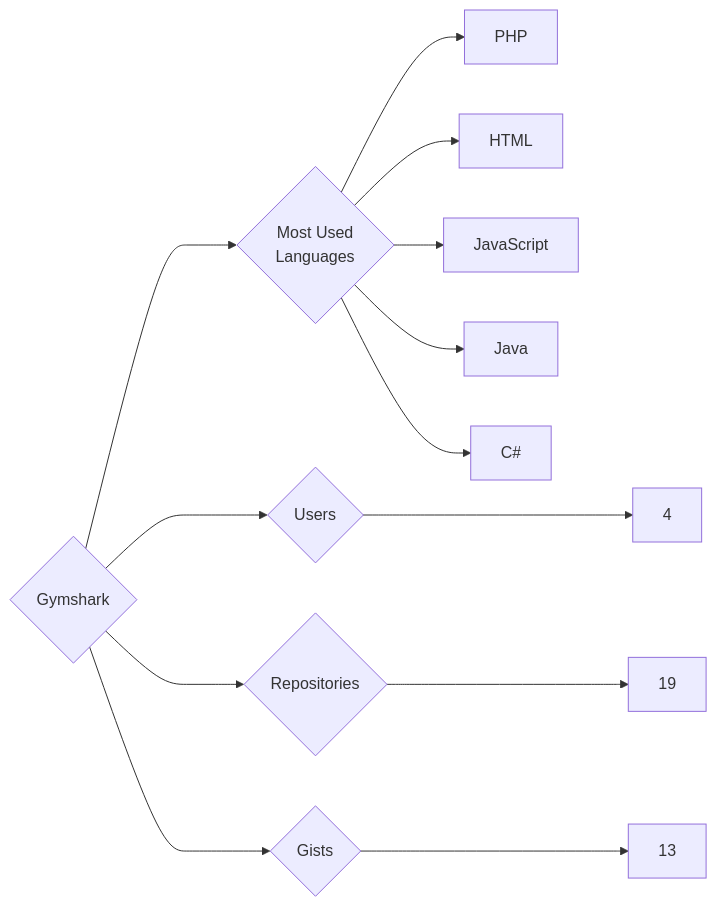
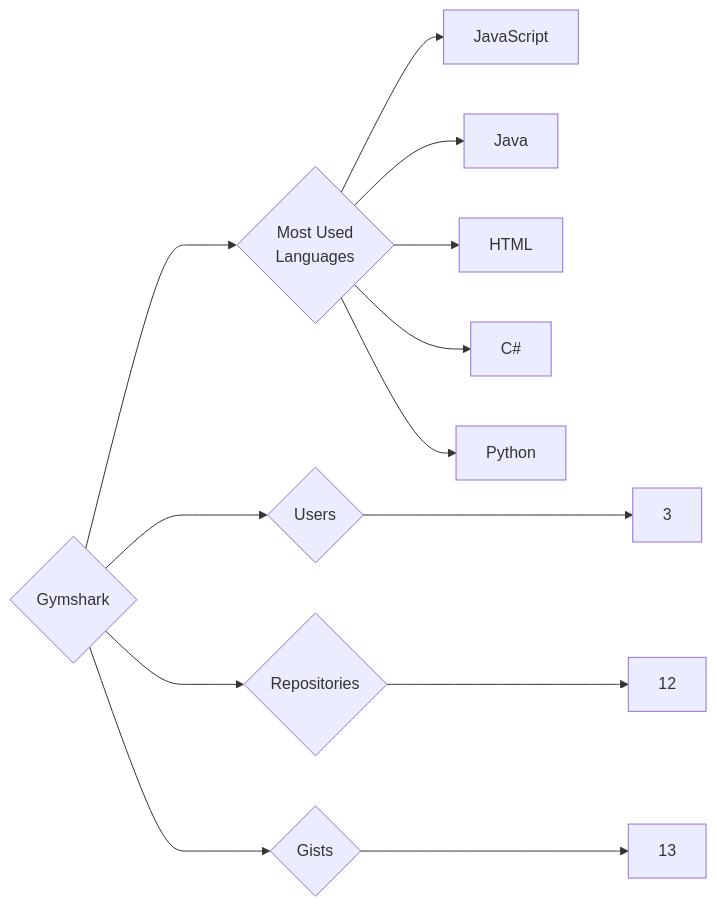
One commit to trickest/insiders changed the diagram in targets/Gymshark/README.md. Above: the diagram before and after it, drawn with Mermaid. The commit also changed 1167 other files, not shown here.

````diff
--- a/targets/Gymshark/README.md
+++ b/targets/Gymshark/README.md
@@ -3,13 +3,13 @@
 ```mermaid
 graph LR
 COMPANY_NAME{Gymshark}
-COMPANY_NAME ---> U{Users} ---> UN[4]
-COMPANY_NAME ---> R{Repositories} ---> RN[19]
+COMPANY_NAME ---> U{Users} ---> UN[3]
+COMPANY_NAME ---> R{Repositories} ---> RN[12]
 COMPANY_NAME ---> G{Gists} ---> GN[13]
 COMPANY_NAME ---> ML{Most Used<br>Languages}
-ML --> PHP[PHP]
-ML --> HTML[HTML]
 ML --> JavaScript[JavaScript]
 ML --> Java[Java]
+ML --> HTML[HTML]
 ML --> C#[C#]
+ML --> Python[Python]
 ```
````
